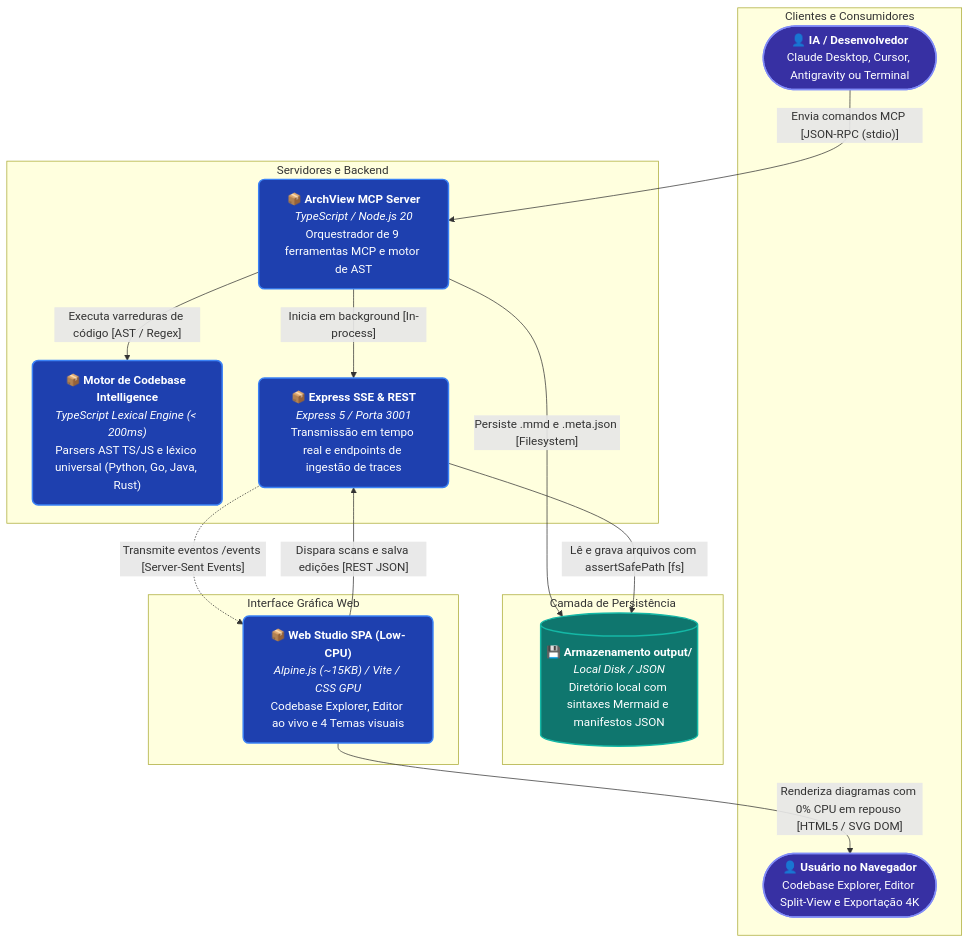
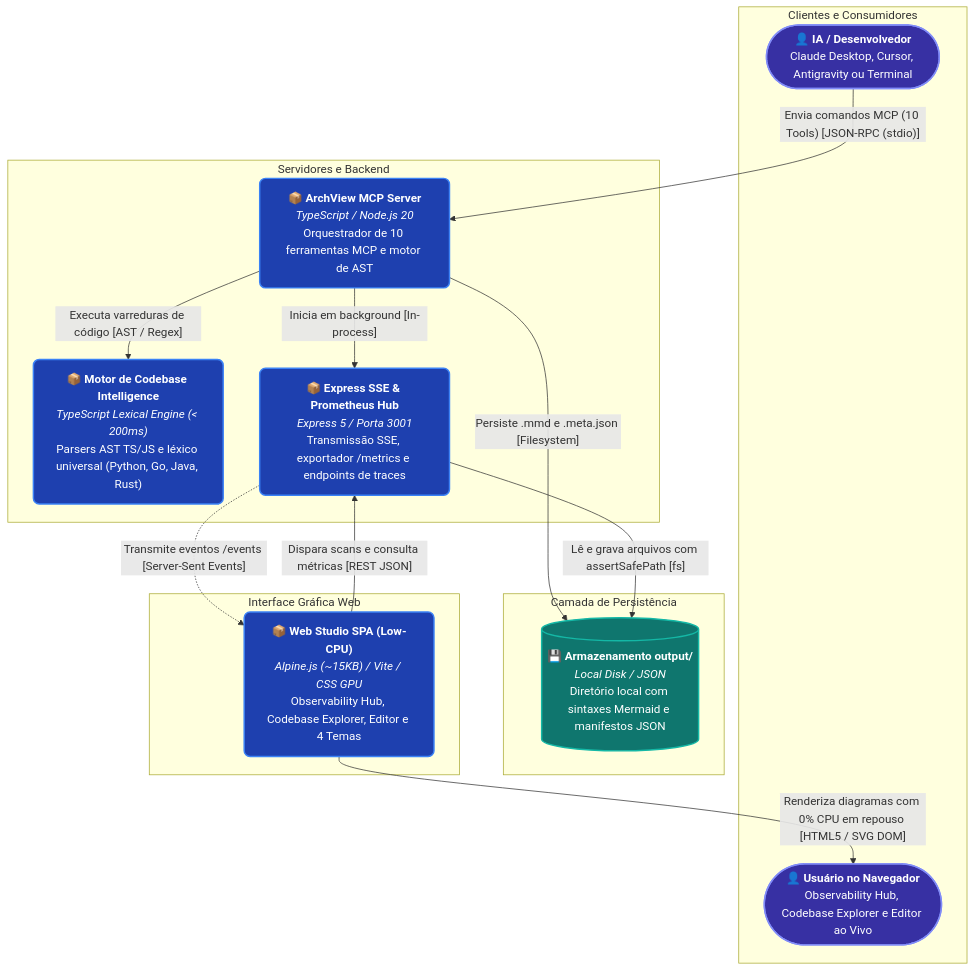
The first of 4 diagrams in docs/ARCHITECTURE.md (70gurupia/archview), drawn with Mermaid before and after one commit. The commit also changed other lines of this file and 30 other files, not shown here.

Commit message:
feat(v4.0): implement Prometheus metrics, OpenTelemetry tracing, and Observability Hub

````diff
--- a/docs/ARCHITECTURE.md
+++ b/docs/ARCHITECTURE.md
@@ -11,44 +11,44 @@
 ```mermaid
 flowchart TD
   subgraph sg_1[" Clientes e Consumidores "]
     ai_client(["<b>👤 IA / Desenvolvedor</b><br/>Claude Desktop, Cursor, Antigravity ou Terminal"])
-    browser_user(["<b>👤 Usuário no Navegador</b><br/>Codebase Explorer, Editor Split-View e Exportação 4K"])
+    browser_user(["<b>👤 Usuário no Navegador</b><br/>Observability Hub, Codebase Explorer e Editor ao Vivo"])
   end
 
   subgraph sg_2[" Servidores e Backend "]
-    mcp_server["<b>📦 ArchView MCP Server</b><br/><i>TypeScript / Node.js 20</i><br/>Orquestrador de 9 ferramentas MCP e motor de AST"]
+    mcp_server["<b>📦 ArchView MCP Server</b><br/><i>TypeScript / Node.js 20</i><br/>Orquestrador de 10 ferramentas MCP e motor de AST"]
     engine_v3["<b>📦 Motor de Codebase Intelligence</b><br/><i>TypeScript Lexical Engine (< 200ms)</i><br/>Parsers AST TS/JS e léxico universal (Python, Go, Java, Rust)"]
-    sse_server["<b>📦 Express SSE & REST</b><br/><i>Express 5 / Porta 3001</i><br/>Transmissão em tempo real e endpoints de ingestão de traces"]
+    sse_server["<b>📦 Express SSE & Prometheus Hub</b><br/><i>Express 5 / Porta 3001</i><br/>Transmissão SSE, exportador /metrics e endpoints de traces"]
   end
 
   subgraph sg_3[" Camada de Persistência "]
     storage[("<b>💾 Armazenamento output/</b><br/><i>Local Disk / JSON</i><br/>Diretório local com sintaxes Mermaid e manifestos JSON")]
   end
 
   subgraph sg_4[" Interface Gráfica Web "]
-    web_studio["<b>📦 Web Studio SPA (Low-CPU)</b><br/><i>Alpine.js (~15KB) / Vite / CSS GPU</i><br/>Codebase Explorer, Editor ao vivo e 4 Temas visuais"]
+    web_studio["<b>📦 Web Studio SPA (Low-CPU)</b><br/><i>Alpine.js (~15KB) / Vite / CSS GPU</i><br/>Observability Hub, Codebase Explorer, Editor e 4 Temas"]
   end
 
-  ai_client -->|"Envia comandos MCP [JSON-RPC (stdio)]"| mcp_server
+  ai_client -->|"Envia comandos MCP (10 Tools) [JSON-RPC (stdio)]"| mcp_server
   mcp_server -->|"Executa varreduras de código [AST / Regex]"| engine_v3
   mcp_server -->|"Inicia em background [In-process]"| sse_server
   mcp_server -->|"Persiste .mmd e .meta.json [Filesystem]"| storage
   sse_server -->|"Lê e grava arquivos com assertSafePath [fs]"| storage
   sse_server -.->|"Transmite eventos /events [Server-Sent Events]"| web_studio
   web_studio -->|"Renderiza diagramas com 0% CPU em repouso [HTML5 / SVG DOM]"| browser_user
-  web_studio -->|"Dispara scans e salva edições [REST JSON]"| sse_server
+  web_studio -->|"Dispara scans e consulta métricas [REST JSON]"| sse_server
 
   classDef default fill:#F8FAFC,stroke:#64748B,stroke-width:1.5px,color:#1E293B,rx:8px,ry:8px;
   classDef primary fill:#1E40AF,stroke:#3B82F6,stroke-width:2px,color:#FFFFFF,rx:8px,ry:8px;
   classDef success fill:#0F766E,stroke:#14B8A6,stroke-width:2px,color:#FFFFFF,rx:8px,ry:8px;
   classDef accent fill:#3730A3,stroke:#818CF8,stroke-width:2px,color:#FFFFFF,rx:8px,ry:8px;
   classDef warning fill:#D97706,stroke:#F59E0B,stroke-width:2px,color:#FFFFFF,rx:8px,ry:8px;
   classDef danger fill:#B91C1C,stroke:#EF4444,stroke-width:2px,color:#FFFFFF,rx:8px,ry:8px;
   class ai_client accent;
   class browser_user accent;
   class mcp_server primary;
   class engine_v3 primary;
   class sse_server primary;
   class storage success;
   class web_studio primary;
 ```
````
